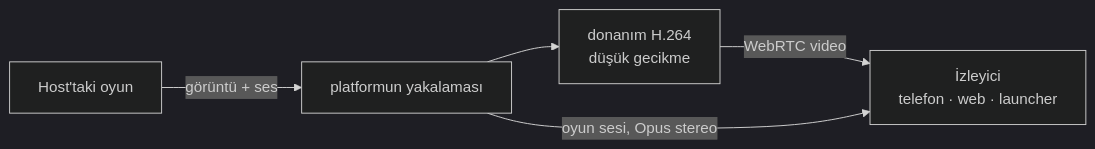
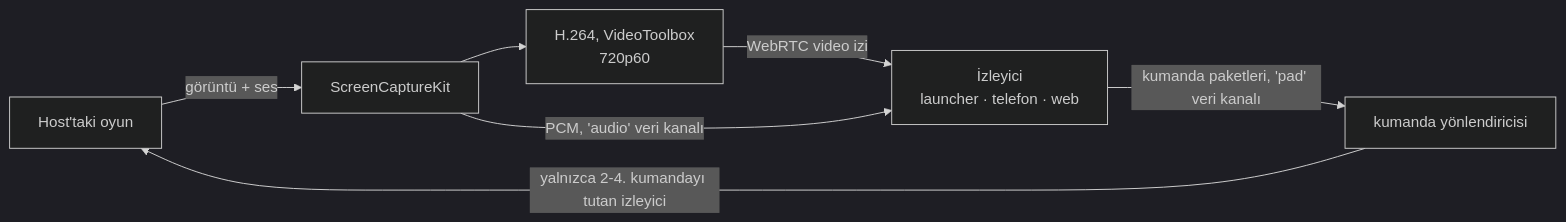
Before and after one commit to AnyTogether/AnyPS5-ARM: the diagram in docs/tr/06-anlik-ses-birlikte-oynama.md, drawn with Mermaid (dark theme). The commit also changed other lines of this file and 11 other files, not shown here.

````diff
--- a/docs/tr/06-anlik-ses-birlikte-oynama.md
+++ b/docs/tr/06-anlik-ses-birlikte-oynama.md
@@ -88,7 +109,9 @@
 ```mermaid
 flowchart LR
-    G[Host'taki oyun] -->|görüntü + ses| C[platformun yakalaması]
-    C --> E[donanım H.264<br/>düşük gecikme]
-    E -->|WebRTC video| V[İzleyici<br/>telefon · web · launcher]
-    C -->|oyun sesi, Opus stereo| V
+    G[Host'taki oyun] -->|görüntü + ses| C[ScreenCaptureKit]
+    C --> E[H.264, VideoToolbox<br/>720p60]
+    E -->|WebRTC video izi| V[İzleyici<br/>launcher · telefon · web]
+    C -->|"PCM, 'audio' veri kanalı"| V
+    V -->|"kumanda paketleri, 'pad' veri kanalı"| R[kumanda yönlendiricisi]
+    R -->|yalnızca 2-4. kumandayı tutan izleyici| G
 ```
````
